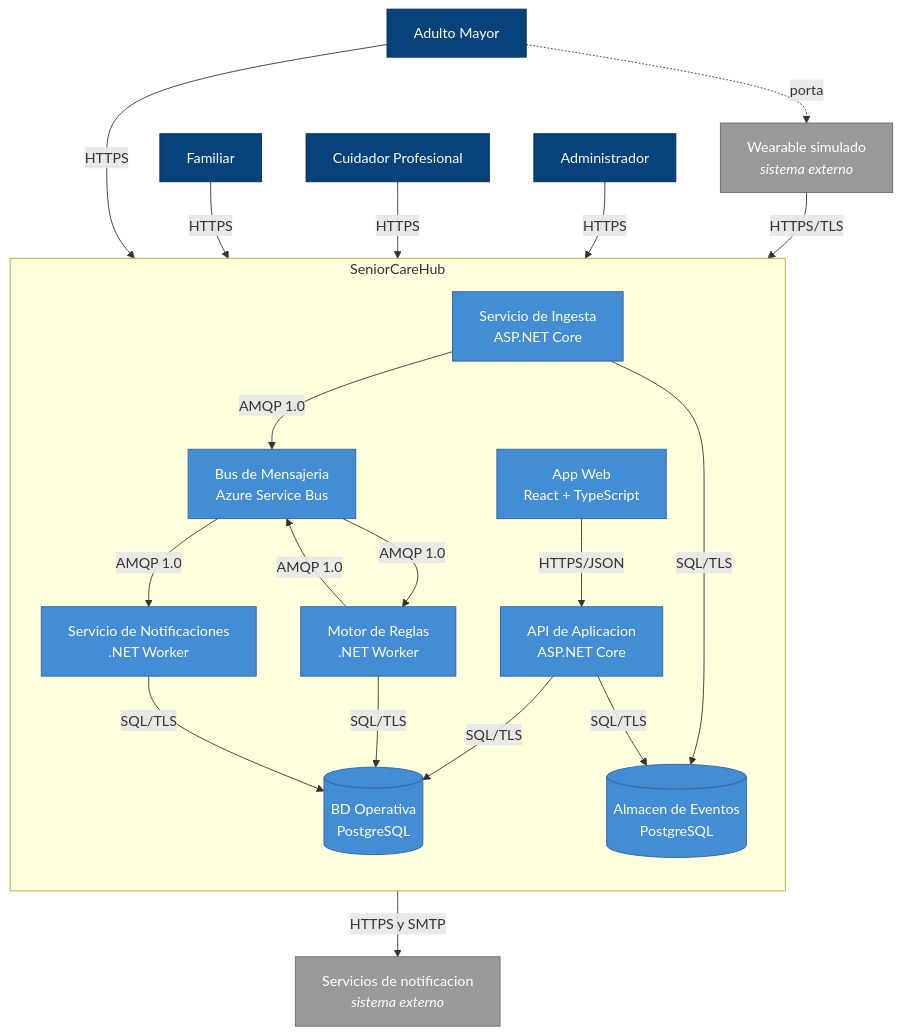
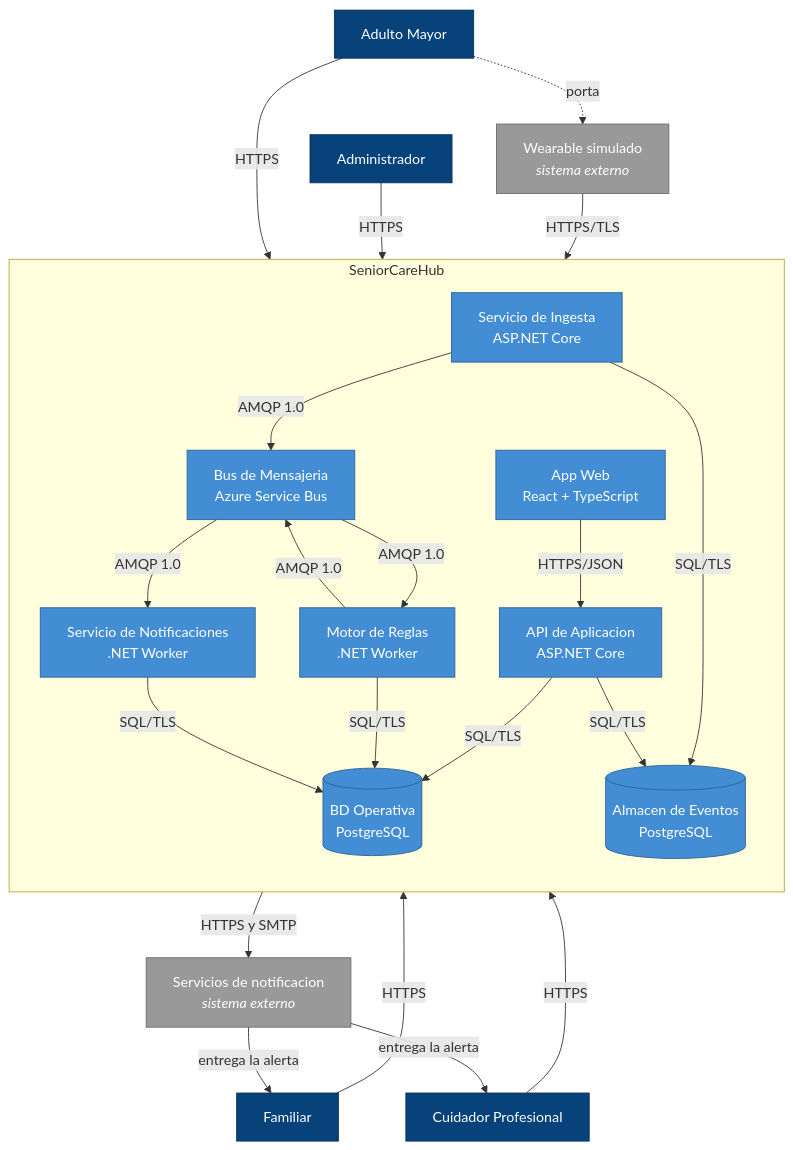
One commit to pswe04-seniorcarehub/pswe04-senior-care-hub-c2-2026 changed the second of 2 diagrams in docs/PSWE04_SeniorCareHub_Documento_Proyecto.md. Above: the diagram before and after it, drawn with Mermaid. The commit also changed other lines of this file and 1 other file, not shown here.

First line of the commit message:
docs: agregar entrega de alerta a familiar y cuidador, y precisar trazabilidad de mensajería

````diff
--- a/docs/PSWE04_SeniorCareHub_Documento_Proyecto.md
+++ b/docs/PSWE04_SeniorCareHub_Documento_Proyecto.md
@@ -341,54 +341,56 @@
 ```mermaid
 flowchart TB
     %% ---------- Actores ----------
     AM["Adulto Mayor"]
     FA["Familiar"]
     CU["Cuidador Profesional"]
     AD["Administrador"]
 
     %% ---------- Sistemas externos ----------
     WE["Wearable simulado<br/><i>sistema externo</i>"]
     NO["Servicios de notificacion<br/><i>sistema externo</i>"]
 
     %% ---------- Contenedores ----------
     subgraph SCH["SeniorCareHub"]
         direction TB
         C1["App Web<br/>React + TypeScript"]
         C2["API de Aplicacion<br/>ASP.NET Core"]
         C3["Servicio de Ingesta<br/>ASP.NET Core"]
         C4["Bus de Mensajeria<br/>Azure Service Bus"]
         C5["Motor de Reglas<br/>.NET Worker"]
         C6["Servicio de Notificaciones<br/>.NET Worker"]
         C7[("BD Operativa<br/>PostgreSQL")]
         C8[("Almacen de Eventos<br/>PostgreSQL")]
     end
 
     %% ---------- Relaciones ----------
     AM -.->|"porta"| WE
     AM -->|"HTTPS"| C1
     FA -->|"HTTPS"| C1
     CU -->|"HTTPS"| C1
     AD -->|"HTTPS"| C1
     WE -->|"HTTPS/TLS"| C3
 
     C1 -->|"HTTPS/JSON"| C2
     C3 -->|"AMQP 1.0"| C4
     C4 -->|"AMQP 1.0"| C5
     C5 -->|"AMQP 1.0"| C4
     C4 -->|"AMQP 1.0"| C6
     C6 -->|"HTTPS y SMTP"| NO
+    NO -->|"entrega la alerta"| FA
+    NO -->|"entrega la alerta"| CU
 
     C2 -->|"SQL/TLS"| C7
     C5 -->|"SQL/TLS"| C7
     C6 -->|"SQL/TLS"| C7
     C3 -->|"SQL/TLS"| C8
     C2 -->|"SQL/TLS"| C8
 
     %% ---------- Estilos ----------
     classDef actor fill:#08427B,stroke:#052E56,color:#FFFFFF
     classDef ext fill:#999999,stroke:#6B6B6B,color:#FFFFFF
     classDef cont fill:#438DD5,stroke:#2E6295,color:#FFFFFF
     class AM,FA,CU,AD actor
     class WE,NO ext
     class C1,C2,C3,C4,C5,C6,C7,C8 cont
 ```
````
